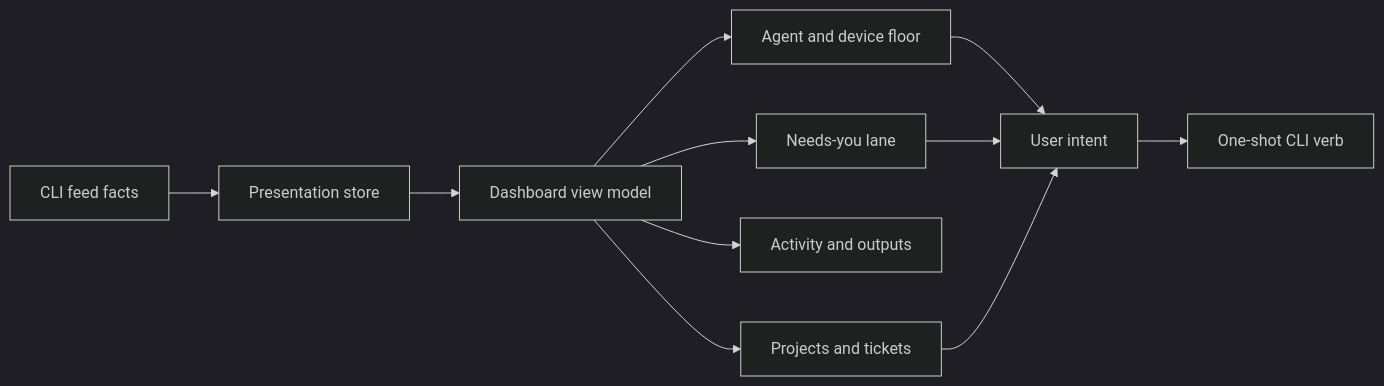
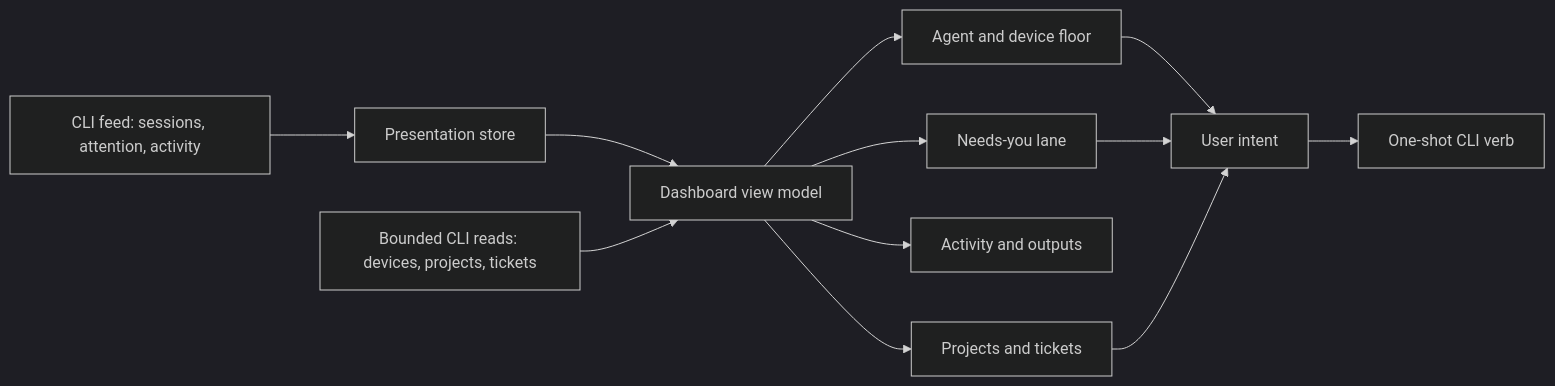
Before and after one commit to phnx-labs/agi-ext: the first of 2 diagrams in docs/fleet-dashboard.md, drawn with Mermaid (dark theme). The commit also changed other lines of this file and 1 other file, not shown here.

````diff
--- a/docs/fleet-dashboard.md
+++ b/docs/fleet-dashboard.md
@@ -7,13 +7,14 @@
 ```mermaid
 flowchart LR
-  FEED[CLI feed facts] --> STORE[Presentation store]
+  FEED[CLI feed: sessions, attention, activity] --> STORE[Presentation store]
   STORE --> VM[Dashboard view model]
+  QUERY[Bounded CLI reads: devices, projects, tickets] --> VM
   VM --> FLOOR[Agent and device floor]
   VM --> ATT[Needs-you lane]
   VM --> ACT[Activity and outputs]
   VM --> WORK[Projects and tickets]
   FLOOR --> INTENT[User intent]
   ATT --> INTENT
   WORK --> INTENT
   INTENT --> VERB[One-shot CLI verb]
 ```
````
